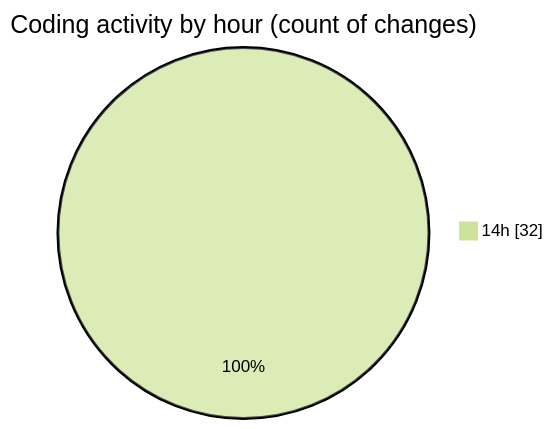
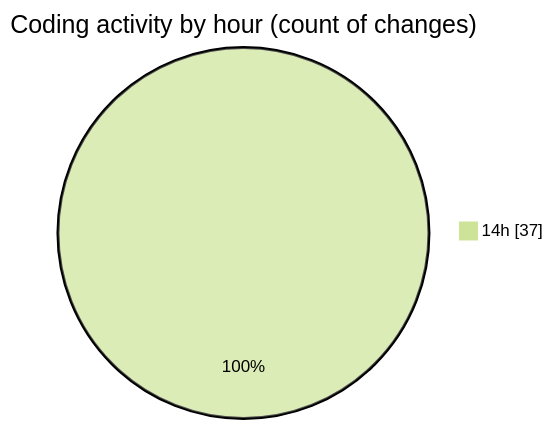
One commit to robertbonfada/code-tracking changed the second of 2 diagrams in 2025-02-27/audiobooks-web/README.md. Above: the diagram before and after it, drawn with Mermaid (forest theme). The commit also changed other lines of this file and 1 other file, not shown here.

````diff
--- a/2025-02-27/audiobooks-web/README.md
+++ b/2025-02-27/audiobooks-web/README.md
@@ -33,5 +33,5 @@
 ```mermaid
 pie showData
 title Coding activity by hour (count of changes)
-"14h" : 32
+"14h" : 37
 ```
````
